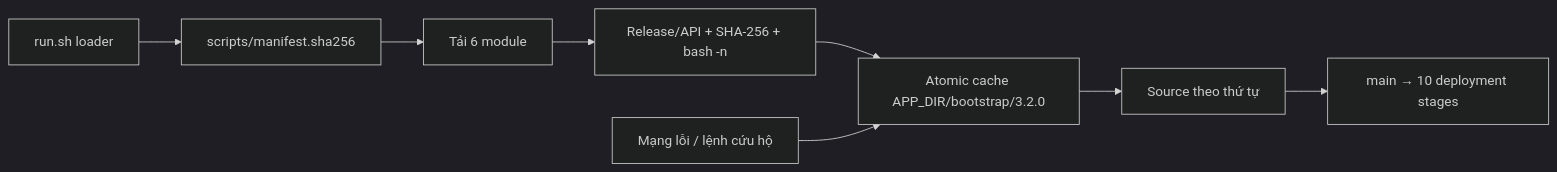
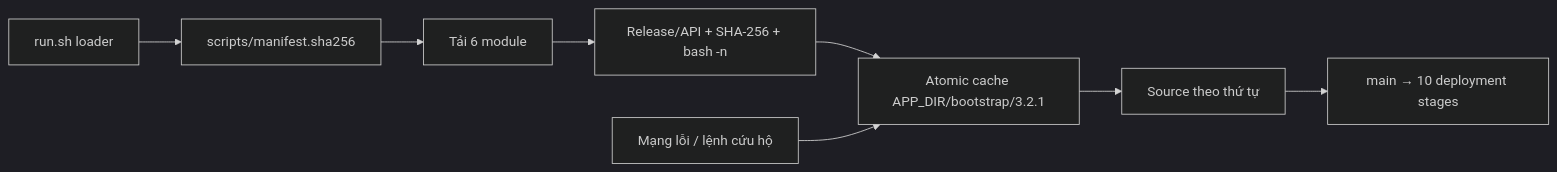
One commit to kuronoFS/KiQuai changed the second of 2 diagrams in TestHash/README.md. Above: the diagram before and after it, drawn with Mermaid (dark theme). The commit also changed other lines of this file and 8 other files, not shown here.

````diff
--- a/TestHash/README.md
+++ b/TestHash/README.md
@@ -36,10 +36,10 @@
 ```mermaid
 flowchart LR
     Run["run.sh loader"] --> Manifest["scripts/manifest.sha256"]
     Manifest --> Download["Tải 6 module"]
     Download --> Verify["Release/API + SHA-256 + bash -n"]
-    Verify --> Cache["Atomic cache APP_DIR/bootstrap/3.2.0"]
+    Verify --> Cache["Atomic cache APP_DIR/bootstrap/3.2.1"]
     Offline["Mạng lỗi / lệnh cứu hộ"] --> Cache
     Cache --> Source["Source theo thứ tự"]
     Source --> Deploy["main → 10 deployment stages"]
 ```
````
